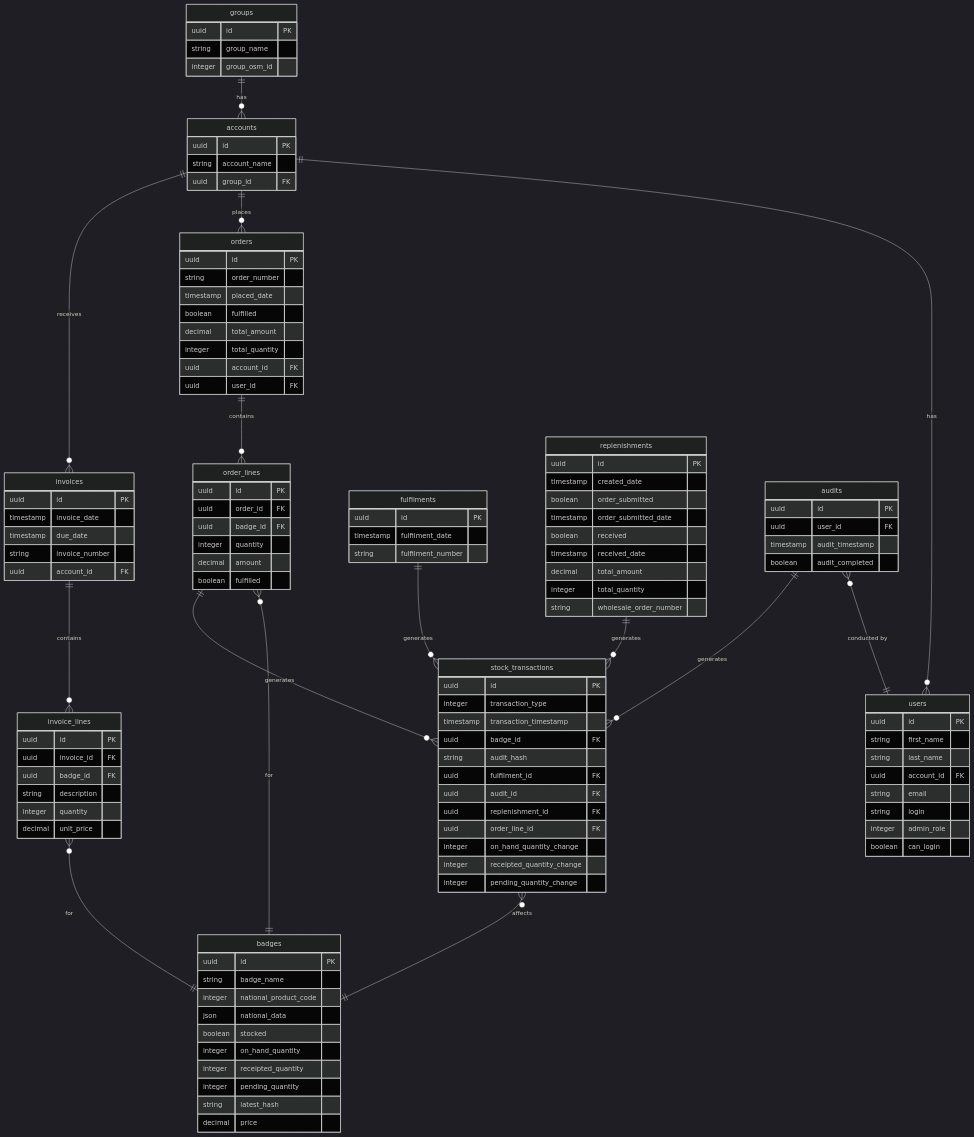
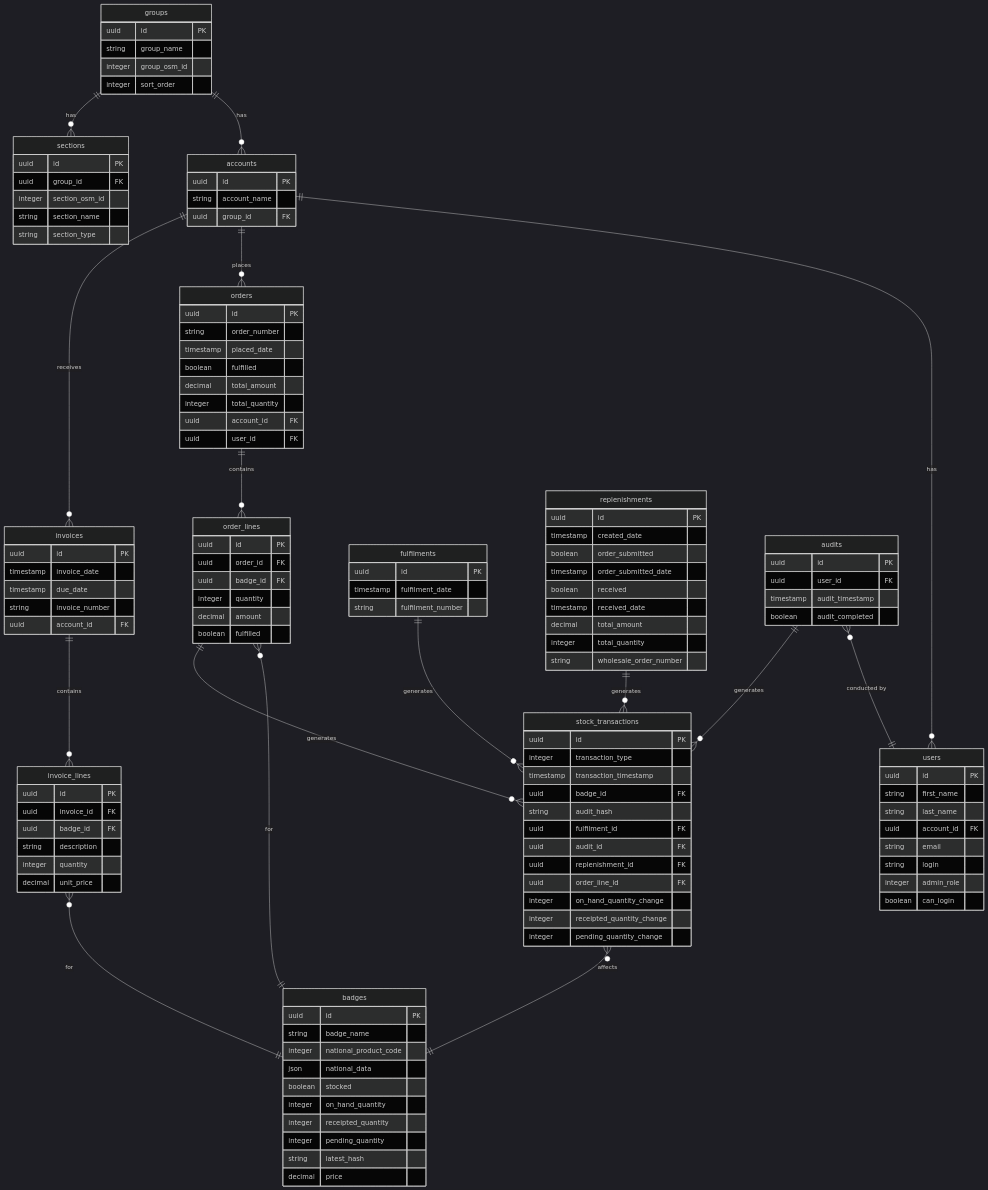
The diagram in backend/README.md (LBDistrictScouts/DistrictBadges), drawn with Mermaid (dark theme) before and after one commit. The commit also changed other lines of this file and 74 other files, not shown here.

```diff
--- a/backend/README.md
+++ b/backend/README.md
@@ -116,6 +127,14 @@
         uuid id PK
         string group_name
         integer group_osm_id
+        integer sort_order
+    }
+    sections {
+        uuid id PK
+        uuid group_id FK
+        integer section_osm_id
+        string section_name
+        string section_type
     }
     accounts {
         uuid id PK
@@ -203,6 +222,7 @@
     }
 
     groups ||--o{ accounts : "has"
+    groups ||--o{ sections : "has"
     accounts ||--o{ users : "has"
     accounts ||--o{ orders : "places"
     accounts ||--o{ invoices : "receives"
```
